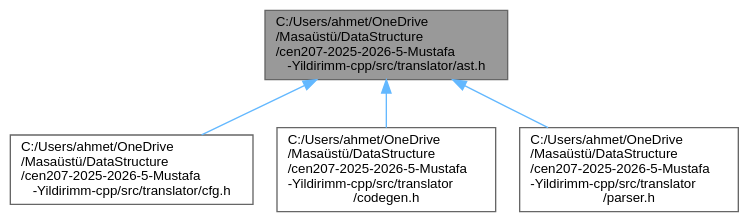
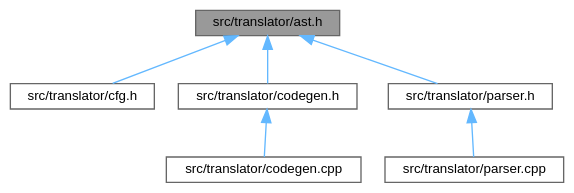
One commit to mustafayldrnn/cen207-2025-2026-5-Mustafa-Yildirimm-cpp changed the diagram in docs/doxygenlibwin/rtf/ast_8h__dep__incl.dot. Above: the diagram before and after it, drawn with Graphviz. The commit also changed 861 other files, not shown here.

```diff
--- a/docs/doxygenlibwin/rtf/ast_8h__dep__incl.dot
+++ b/docs/doxygenlibwin/rtf/ast_8h__dep__incl.dot
@@ -1,15 +1,19 @@
-digraph "C:/Users/ahmet/OneDrive/Masaüstü/DataStructure/cen207-2025-2026-5-Mustafa-Yildirimm-cpp/src/translator/ast.h"
+digraph "src/translator/ast.h"
 {
  // INTERACTIVE_SVG=YES
  // LATEX_PDF_SIZE
   bgcolor="transparent";
   edge [fontname=Helvetica,fontsize=10,labelfontname=Helvetica,labelfontsize=10];
   node [fontname=Helvetica,fontsize=10,shape=box,height=0.2,width=0.4];
-  Node1 [id="Node000001",label="C:/Users/ahmet/OneDrive\l/Masaüstü/DataStructure\l/cen207-2025-2026-5-Mustafa\l-Yildirimm-cpp/src/translator/ast.h",height=0.2,width=0.4,color="gray40", fillcolor="grey60", style="filled", fontcolor="black",tooltip="Basit ifade ve deyim ağaçları (AST) tanımları"];
-  Node1 -> Node2 [id="edge7_Node000001_Node000002",dir="back",color="steelblue1",style="solid",tooltip=" "];
-  Node2 [id="Node000002",label="C:/Users/ahmet/OneDrive\l/Masaüstü/DataStructure\l/cen207-2025-2026-5-Mustafa\l-Yildirimm-cpp/src/translator/cfg.h",height=0.2,width=0.4,color="grey40", fillcolor="white", style="filled",URL="$cfg_8h.html",tooltip="Programdan kontrol akışı grafiği (CFG) üretimi yardımcıları"];
-  Node1 -> Node3 [id="edge8_Node000001_Node000003",dir="back",color="steelblue1",style="solid",tooltip=" "];
-  Node3 [id="Node000003",label="C:/Users/ahmet/OneDrive\l/Masaüstü/DataStructure\l/cen207-2025-2026-5-Mustafa\l-Yildirimm-cpp/src/translator\l/codegen.h",height=0.2,width=0.4,color="grey40", fillcolor="white", style="filled",URL="$codegen_8h.html",tooltip="AST'ten C++ kodu üretimi için arabirim."];
-  Node1 -> Node4 [id="edge9_Node000001_Node000004",dir="back",color="steelblue1",style="solid",tooltip=" "];
-  Node4 [id="Node000004",label="C:/Users/ahmet/OneDrive\l/Masaüstü/DataStructure\l/cen207-2025-2026-5-Mustafa\l-Yildirimm-cpp/src/translator\l/parser.h",height=0.2,width=0.4,color="grey40", fillcolor="white", style="filled",URL="$parser_8h.html",tooltip="Leksik belirteçlerden AST üreten sözdizim analizcisi."];
+  Node1 [id="Node000001",label="src/translator/ast.h",height=0.2,width=0.4,color="gray40", fillcolor="grey60", style="filled", fontcolor="black",tooltip="Basit ifade ve deyim ağaçları (AST) tanımları"];
+  Node1 -> Node2 [id="edge11_Node000001_Node000002",dir="back",color="steelblue1",style="solid",tooltip=" "];
+  Node2 [id="Node000002",label="src/translator/cfg.h",height=0.2,width=0.4,color="grey40", fillcolor="white", style="filled",URL="$cfg_8h.html",tooltip="Programdan kontrol akışı grafiği (CFG) üretimi yardımcıları"];
+  Node1 -> Node3 [id="edge12_Node000001_Node000003",dir="back",color="steelblue1",style="solid",tooltip=" "];
+  Node3 [id="Node000003",label="src/translator/codegen.h",height=0.2,width=0.4,color="grey40", fillcolor="white", style="filled",URL="$codegen_8h.html",tooltip="AST'ten C++ kodu üretimi için arabirim."];
+  Node3 -> Node4 [id="edge13_Node000003_Node000004",dir="back",color="steelblue1",style="solid",tooltip=" "];
+  Node4 [id="Node000004",label="src/translator/codegen.cpp",height=0.2,width=0.4,color="grey40", fillcolor="white", style="filled",URL="$codegen_8cpp.html",tooltip="AST'yi C++ kaynak koduna dönüştüren yordamların uygulaması."];
+  Node1 -> Node5 [id="edge14_Node000001_Node000005",dir="back",color="steelblue1",style="solid",tooltip=" "];
+  Node5 [id="Node000005",label="src/translator/parser.h",height=0.2,width=0.4,color="grey40", fillcolor="white", style="filled",URL="$parser_8h.html",tooltip="Leksik belirteçlerden AST üreten sözdizim analizcisi."];
+  Node5 -> Node6 [id="edge15_Node000005_Node000006",dir="back",color="steelblue1",style="solid",tooltip=" "];
+  Node6 [id="Node000006",label="src/translator/parser.cpp",height=0.2,width=0.4,color="grey40", fillcolor="white", style="filled",URL="$parser_8cpp.html",tooltip="Parser uygulaması: Token dizisinden AST üretir."];
 }
```
